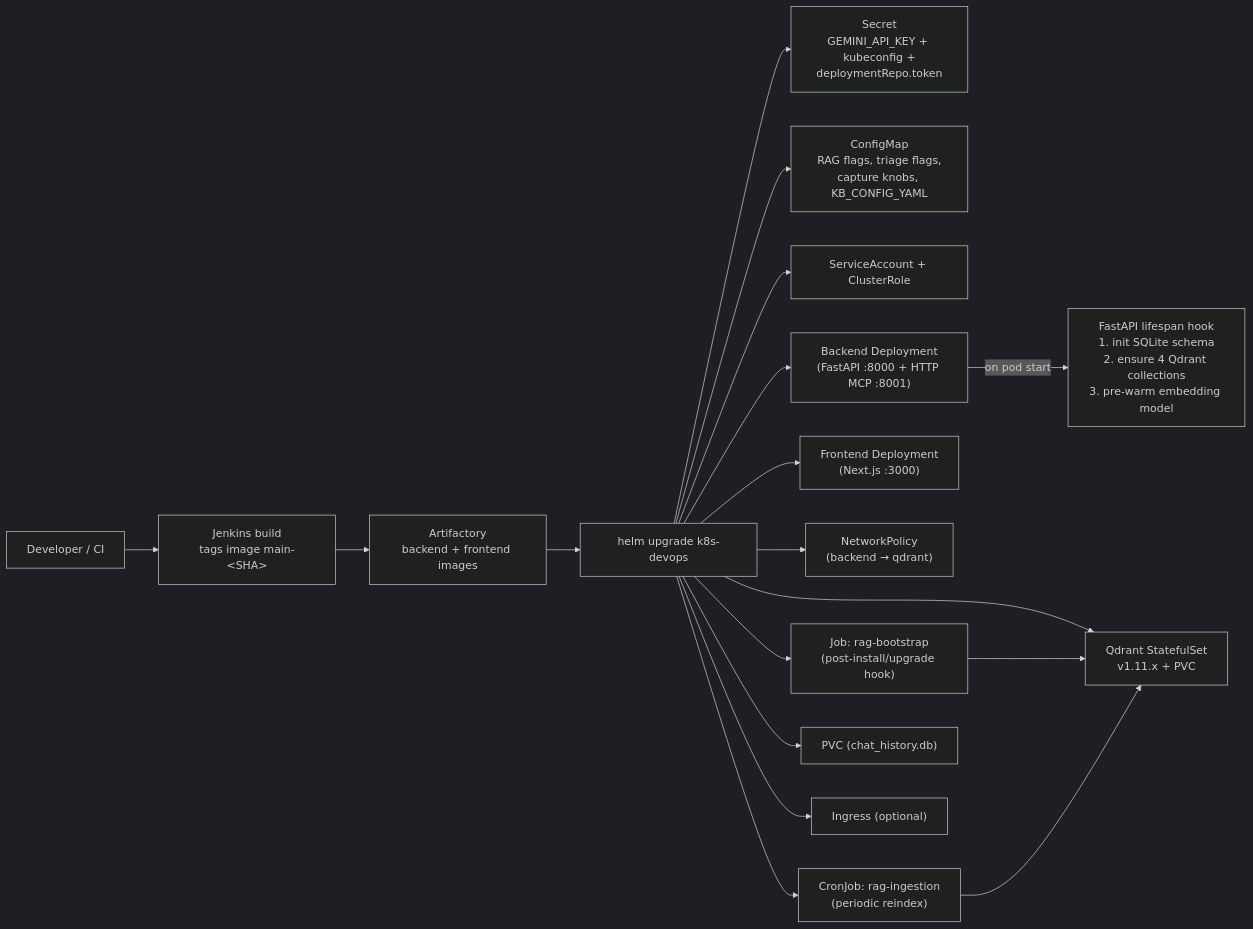
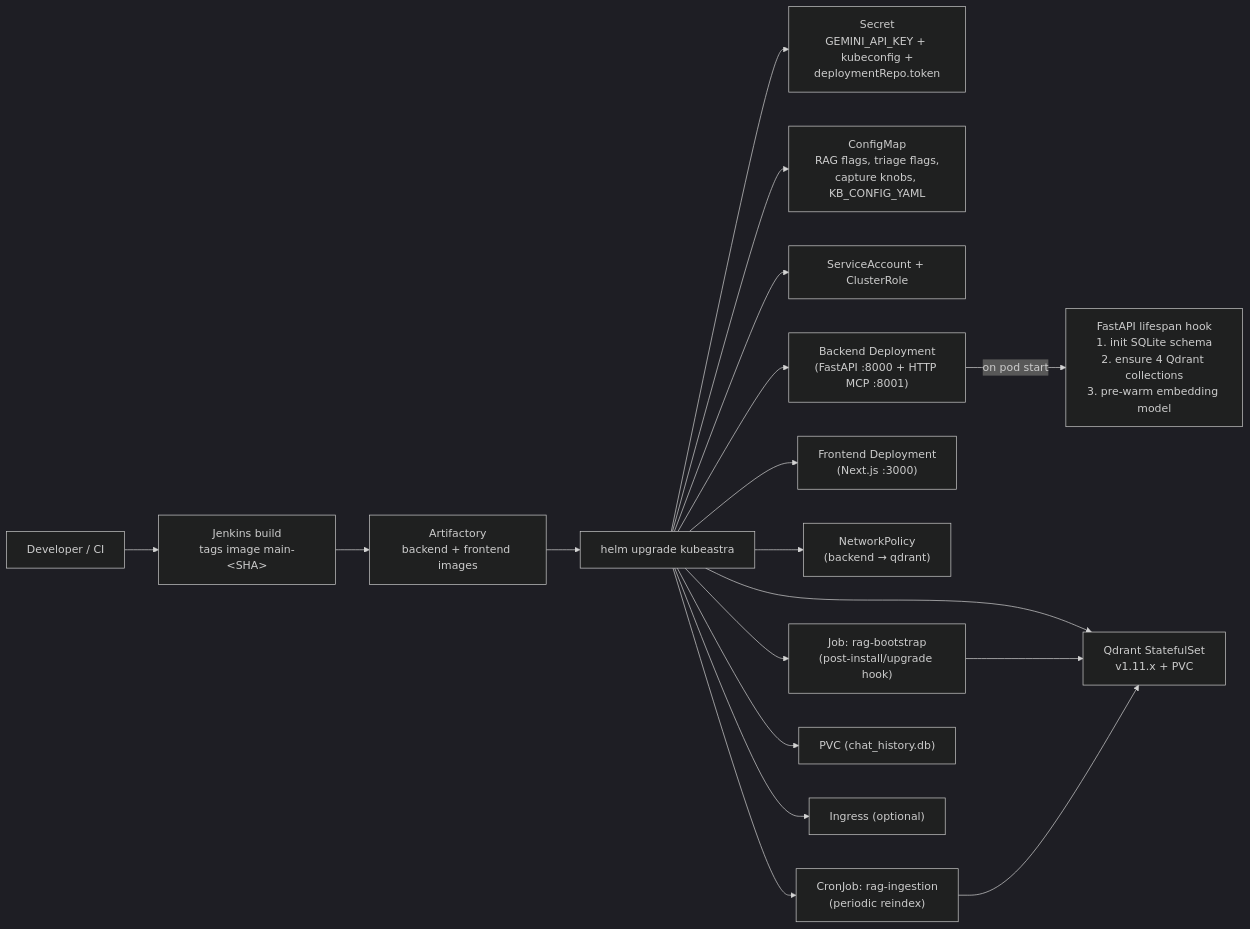
One commit to astraverse-io/KubeAstra changed the sixth of 6 diagrams in docs/ARCHITECTURE_DIAGRAM.md. Above: the diagram before and after it, drawn with Mermaid (dark theme). The commit also changed other lines of this file and 49 other files, not shown here.

````diff
--- a/docs/ARCHITECTURE_DIAGRAM.md
+++ b/docs/ARCHITECTURE_DIAGRAM.md
@@ -309,23 +309,23 @@
 ```mermaid
 flowchart LR
     DEV["Developer / CI"] --> JEN["Jenkins build<br/>tags image main-&lt;SHA&gt;"]
     JEN --> REG2["Artifactory<br/>backend + frontend images"]
 
-    REG2 --> HELM["helm upgrade k8s-devops"]
+    REG2 --> HELM["helm upgrade kubeastra"]
 
     HELM --> SEC["Secret<br/>GEMINI_API_KEY + kubeconfig +<br/>deploymentRepo.token"]
     HELM --> CFG["ConfigMap<br/>RAG flags, triage flags,<br/>capture knobs, KB_CONFIG_YAML"]
     HELM --> RBAC["ServiceAccount + ClusterRole"]
     HELM --> BKDEP["Backend Deployment<br/>(FastAPI :8000 + HTTP MCP :8001)"]
     HELM --> FEDEP["Frontend Deployment<br/>(Next.js :3000)"]
     HELM --> QDR["Qdrant StatefulSet<br/>v1.11.x + PVC"]
     HELM --> NP["NetworkPolicy<br/>(backend → qdrant)"]
     HELM --> BOOT["Job: rag-bootstrap<br/>(post-install/upgrade hook)"]
     HELM --> CRON["CronJob: rag-ingestion<br/>(periodic reindex)"]
     HELM --> PVC["PVC (chat_history.db)"]
     HELM --> ING["Ingress (optional)"]
 
     BKDEP -- on pod start --> LIFE["FastAPI lifespan hook<br/>1. init SQLite schema<br/>2. ensure 4 Qdrant collections<br/>3. pre-warm embedding model"]
     BOOT --> QDR
     CRON --> QDR
 ```
````
